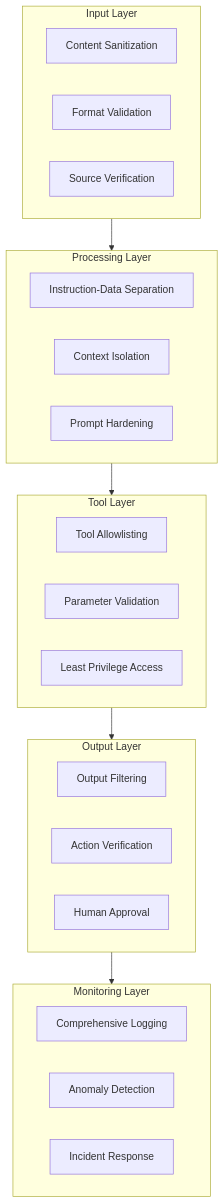
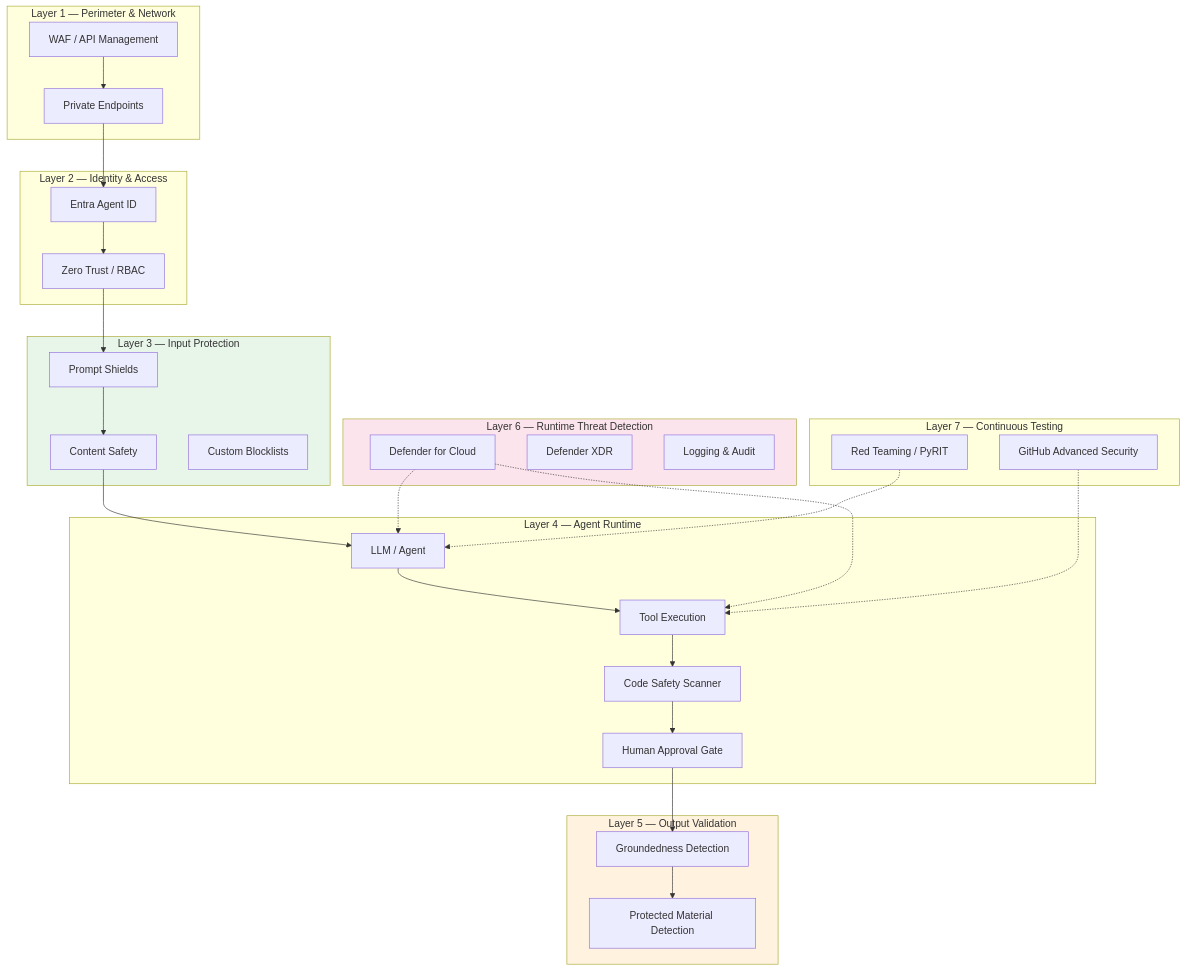
The fourth of 4 diagrams in docs/securing-agentic-ai.md (nmeisenzahl/hijack-agentic-ai), drawn with Mermaid before and after one commit. The commit also changed other lines of this file and 38 other files, not shown here.

````diff
--- a/docs/securing-agentic-ai.md
+++ b/docs/securing-agentic-ai.md
@@ -247,37 +452,53 @@
 ```mermaid
 flowchart TB
-    subgraph Input[Input Layer]
-        I1[Content Sanitization]
-        I2[Format Validation]
-        I3[Source Verification]
+    subgraph Perimeter["Layer 1 — Perimeter & Network"]
+        WAF[WAF / API Management]
+        PE[Private Endpoints]
     end
-    
-    subgraph Processing[Processing Layer]
-        P1[Instruction-Data Separation]
-        P2[Context Isolation]
-        P3[Prompt Hardening]
+
+    subgraph Identity["Layer 2 — Identity & Access"]
+        EID[Entra Agent ID]
+        RBAC[Zero Trust / RBAC]
     end
-    
-    subgraph Tools[Tool Layer]
-        T1[Tool Allowlisting]
-        T2[Parameter Validation]
-        T3[Least Privilege Access]
+
+    subgraph Input["Layer 3 — Input Protection"]
+        PS[Prompt Shields]
+        CS[Content Safety]
+        BL[Custom Blocklists]
     end
-    
-    subgraph Output[Output Layer]
-        O1[Output Filtering]
-        O2[Action Verification]
-        O3[Human Approval]
+
+    subgraph Agent["Layer 4 — Agent Runtime"]
+        LLM[LLM / Agent]
+        TOOLS[Tool Execution]
+        CODE[Code Safety Scanner]
+        HITL[Human Approval Gate]
     end
-    
-    subgraph Monitor[Monitoring Layer]
-        M1[Comprehensive Logging]
-        M2[Anomaly Detection]
-        M3[Incident Response]
+
+    subgraph Output["Layer 5 — Output Validation"]
+        GD[Groundedness Detection]
+        PM[Protected Material Detection]
     end
-    
-    Input --> Processing
-    Processing --> Tools
-    Tools --> Output
-    Output --> Monitor
+
+    subgraph Monitor["Layer 6 — Runtime Threat Detection"]
+        DFC[Defender for Cloud]
+        XDR[Defender XDR]
+        LOG[Logging & Audit]
+    end
+
+    subgraph Test["Layer 7 — Continuous Testing"]
+        RT[Red Teaming / PyRIT]
+        GHAS[GitHub Advanced Security]
+    end
+
+    WAF --> PE --> EID --> RBAC --> PS --> CS --> LLM
+    LLM --> TOOLS --> CODE --> HITL
+    HITL --> GD --> PM
+    DFC -.-> LLM
+    DFC -.-> TOOLS
+    RT -.-> LLM
+    GHAS -.-> TOOLS
+
+    style Input fill:#e8f5e9
+    style Output fill:#fff3e0
+    style Monitor fill:#fce4ec
 ```
````
